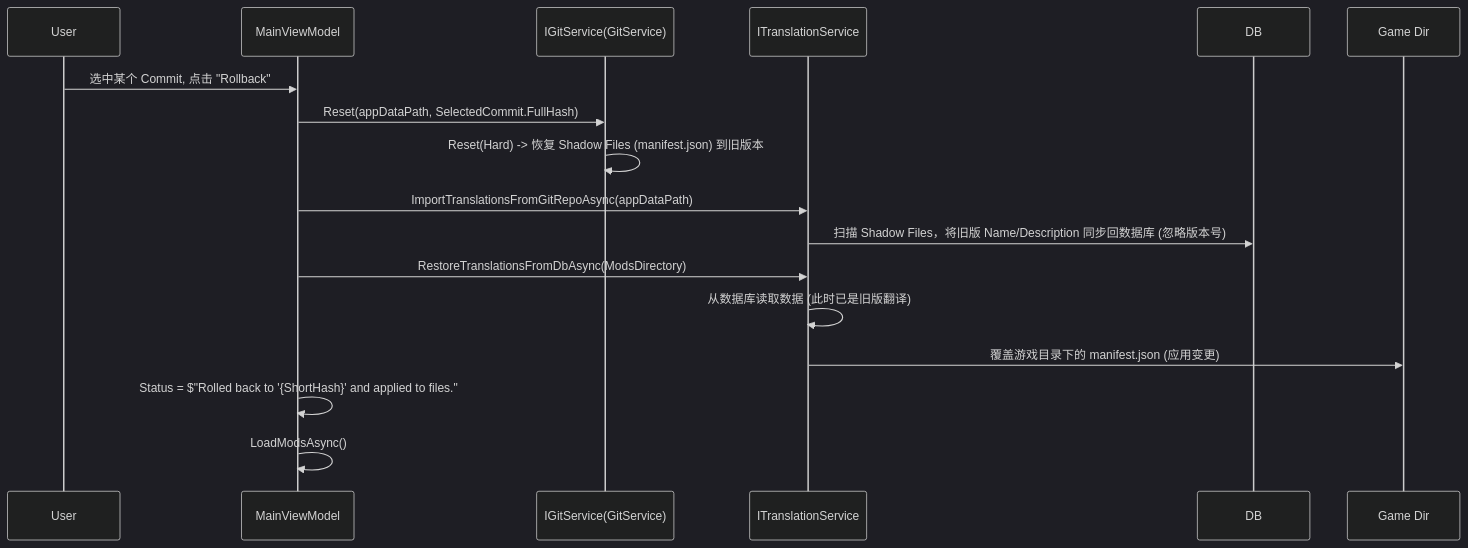
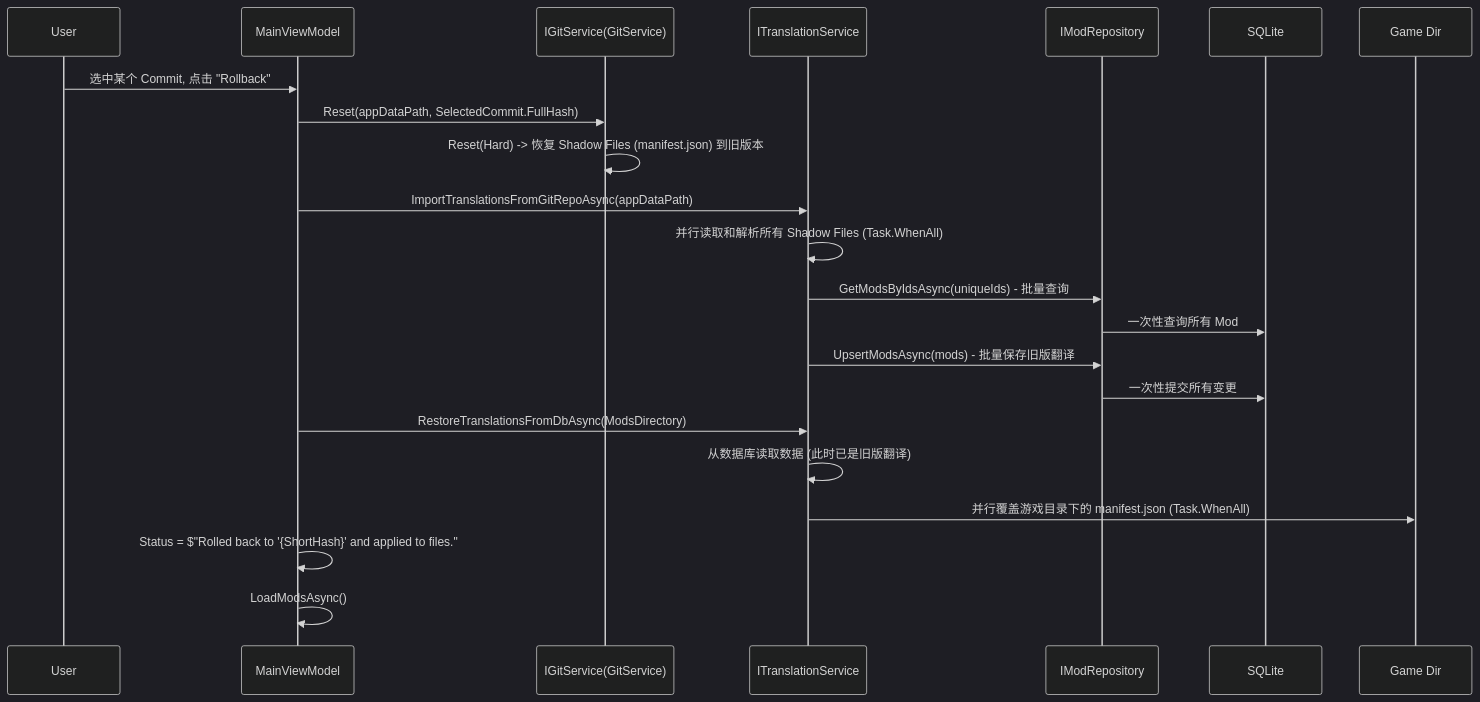
Before and after one commit to Sisyphean-a/SMTMS: diagram 11 of 11 in docs/ARCHITECTURE.md, drawn with Mermaid (dark theme). The commit also changed other lines of this file and 5 other files, not shown here.

````diff
--- a/docs/ARCHITECTURE.md
+++ b/docs/ARCHITECTURE.md
@@ -317,21 +332,27 @@
 ```mermaid
 sequenceDiagram
     participant U as User
     participant VM as MainViewModel
     participant Git as IGitService(GitService)
     participant TS as ITranslationService
+    participant Repo as IModRepository
+    participant DB as SQLite
 
     U->>VM: 选中某个 Commit, 点击 "Rollback"
     VM->>Git: Reset(appDataPath, SelectedCommit.FullHash)
     Git->>Git: Reset(Hard) -> 恢复 Shadow Files (manifest.json) 到旧版本
 
     VM->>TS: ImportTranslationsFromGitRepoAsync(appDataPath)
-    TS->>DB: 扫描 Shadow Files，将旧版 Name/Description 同步回数据库 (忽略版本号)
+    TS->>TS: 并行读取和解析所有 Shadow Files (Task.WhenAll)
+    TS->>Repo: GetModsByIdsAsync(uniqueIds) - 批量查询
+    Repo->>DB: 一次性查询所有 Mod
+    TS->>Repo: UpsertModsAsync(mods) - 批量保存旧版翻译
+    Repo->>DB: 一次性提交所有变更
 
     VM->>TS: RestoreTranslationsFromDbAsync(ModsDirectory)
     TS->>TS: 从数据库读取数据 (此时已是旧版翻译)
-    TS->>Game Dir: 覆盖游戏目录下的 manifest.json (应用变更)
+    TS->>Game Dir: 并行覆盖游戏目录下的 manifest.json (Task.WhenAll)
 
     VM->>VM: Status = $"Rolled back to '{ShortHash}' and applied to files."
     VM->>VM: LoadModsAsync()
 ```
````
